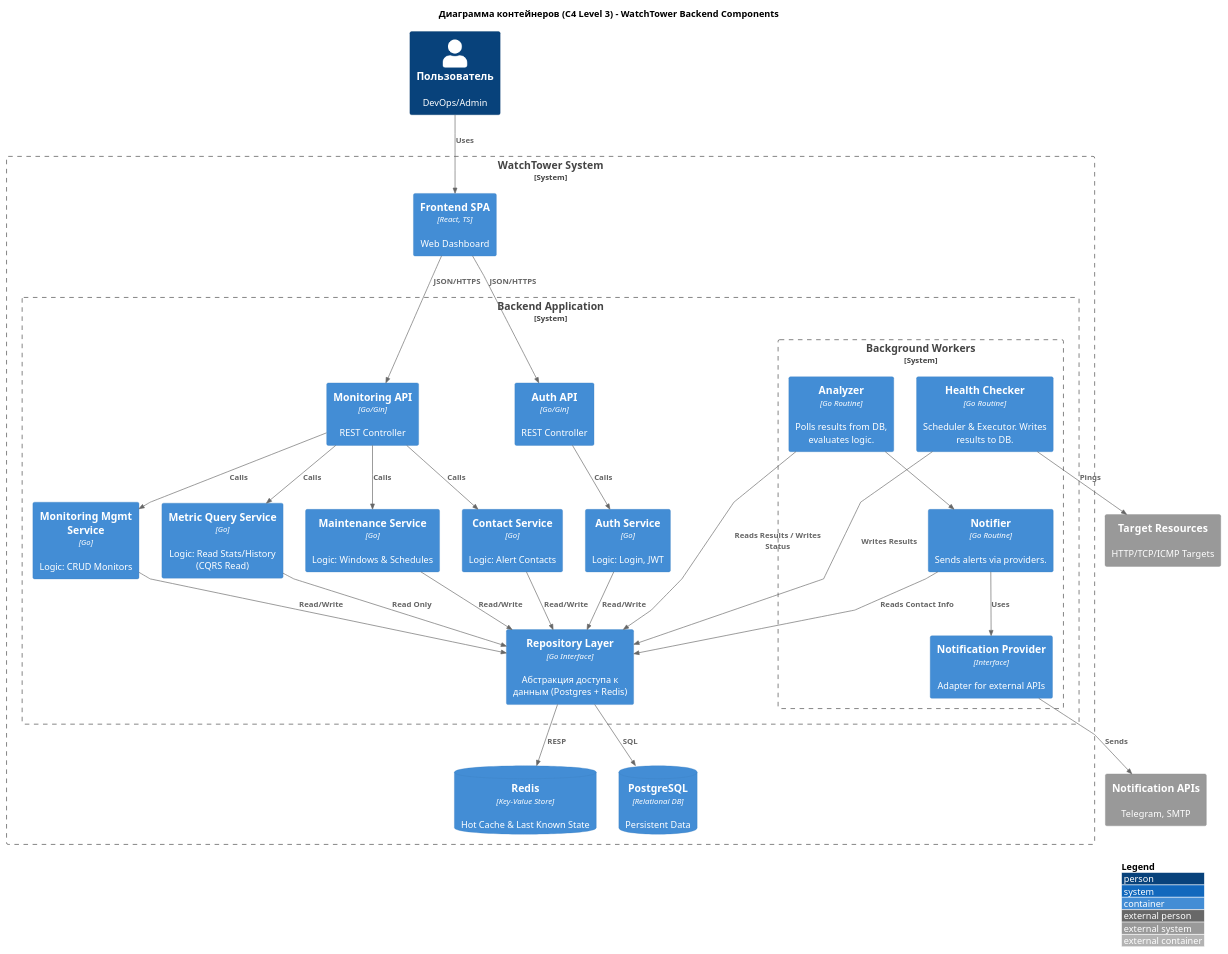
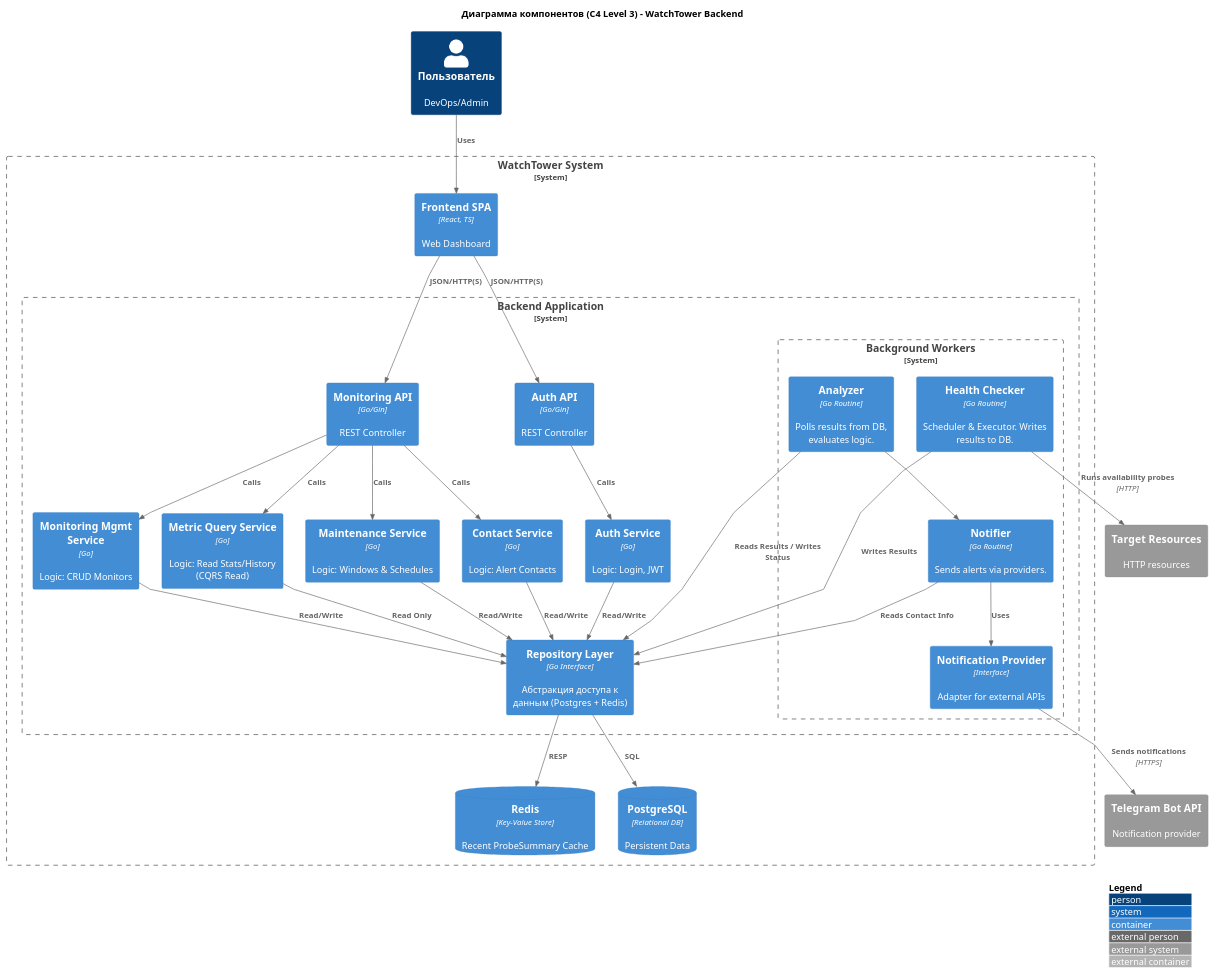
One commit to mkholkin/WatchTower changed the diagram in docs/puml/c4/l3.puml. Above: the diagram before and after it, drawn with PlantUML. The commit also changed 4 other files, not shown here.

Commit message:
docs: align WebLab 1 diagrams with implementation

```diff
--- a/docs/puml/c4/l3.puml
+++ b/docs/puml/c4/l3.puml
@@ -1,83 +1,83 @@
 @startuml
 !include https://raw.githubusercontent.com/plantuml-stdlib/C4-PlantUML/master/C4_Container.puml
 skinparam linetype polyline
 LAYOUT_WITH_LEGEND()
 
-title Диаграмма контейнеров (C4 Level 3) - WatchTower Backend Components
+title Диаграмма компонентов (C4 Level 3) - WatchTower Backend
 
 ' === External ===
 Person(user, "Пользователь", "DevOps/Admin")
-System_Ext(target_systems, "Target Resources", "HTTP/TCP/ICMP Targets")
-System_Ext(notification_apis, "Notification APIs", "Telegram, SMTP")
+System_Ext(target_systems, "Target Resources", "HTTP resources")
+System_Ext(notification_apis, "Telegram Bot API", "Notification provider")
 
 System_Boundary(watchtower, "WatchTower System") {
     Container(spa, "Frontend SPA", "React, TS", "Web Dashboard")
 
     ContainerDb(db, "PostgreSQL", "Relational DB", "Persistent Data")
-    ContainerDb(redis, "Redis", "Key-Value Store", "Hot Cache & Last Known State")
+    ContainerDb(redis, "Redis", "Key-Value Store", "Recent ProbeSummary Cache")
 
     System_Boundary(backend, "Backend Application") {
 
         ' --- Data Access Layer ---
         Container(repository, "Repository Layer", "Go Interface", "Абстракция доступа к данным (Postgres + Redis)")
 
         ' --- API Layer ---
         Container(auth_api, "Auth API", "Go/Gin", "REST Controller")
         Container(monitoring_api, "Monitoring API", "Go/Gin", "REST Controller")
 
         ' --- Domain Services (Business Logic) ---
         Container(auth_service, "Auth Service", "Go", "Logic: Login, JWT")
         Container(monitoring_service, "Monitoring Mgmt Service", "Go", "Logic: CRUD Monitors")
         Container(metric_query_service, "Metric Query Service", "Go", "Logic: Read Stats/History (CQRS Read)")
         Container(maintenance_service, "Maintenance Service", "Go", "Logic: Windows & Schedules")
         Container(contact_service, "Contact Service", "Go", "Logic: Alert Contacts")
 
         ' --- Background Workers ---
         System_Boundary(workers, "Background Workers") {
             Container(healthchecker, "Health Checker", "Go Routine", "Scheduler & Executor. Writes results to DB.")
             Container(analyzer, "Analyzer", "Go Routine", "Polls results from DB, evaluates logic.")
             Container(notifier, "Notifier", "Go Routine", "Sends alerts via providers.")
             Container(notification_provider, "Notification Provider", "Interface", "Adapter for external APIs")
         }
     }
 }
 
 ' === Relationships ===
 
 ' Frontend to API
 Rel(user, spa, "Uses")
-Rel(spa, monitoring_api, "JSON/HTTPS")
-Rel(spa, auth_api, "JSON/HTTPS")
+Rel(spa, monitoring_api, "JSON/HTTP(S)")
+Rel(spa, auth_api, "JSON/HTTP(S)")
 
 ' API to Services
 Rel(auth_api, auth_service, "Calls")
 Rel(monitoring_api, monitoring_service, "Calls")
 Rel(monitoring_api, metric_query_service, "Calls")
 Rel(monitoring_api, maintenance_service, "Calls")
 Rel(monitoring_api, contact_service, "Calls")
 
 ' Services to Repository
 Rel(auth_service, repository, "Read/Write")
 Rel(monitoring_service, repository, "Read/Write")
 Rel(maintenance_service, repository, "Read/Write")
 Rel(contact_service, repository, "Read/Write")
 Rel(metric_query_service, repository, "Read Only")
 
 ' Workers Interactions
 Rel(healthchecker, repository, "Writes Results")
 Rel(analyzer, repository, "Reads Results / Writes Status")
 Rel(analyzer, notifier, " ")
 Rel(notifier, notification_provider, "Uses")
 Rel(notifier, repository, "Reads Contact Info")
 
 ' Notification Logic
-Rel(notification_provider, notification_apis, "Sends")
+Rel(notification_provider, notification_apis, "Sends notifications", "HTTPS")
 
 ' Checking Logic
-Rel(healthchecker, target_systems, "Pings")
+Rel(healthchecker, target_systems, "Runs availability probes", "HTTP")
 
 ' Persistence
 Rel(repository, db, "SQL")
 Rel(repository, redis, "RESP")
 
 @enduml
```
